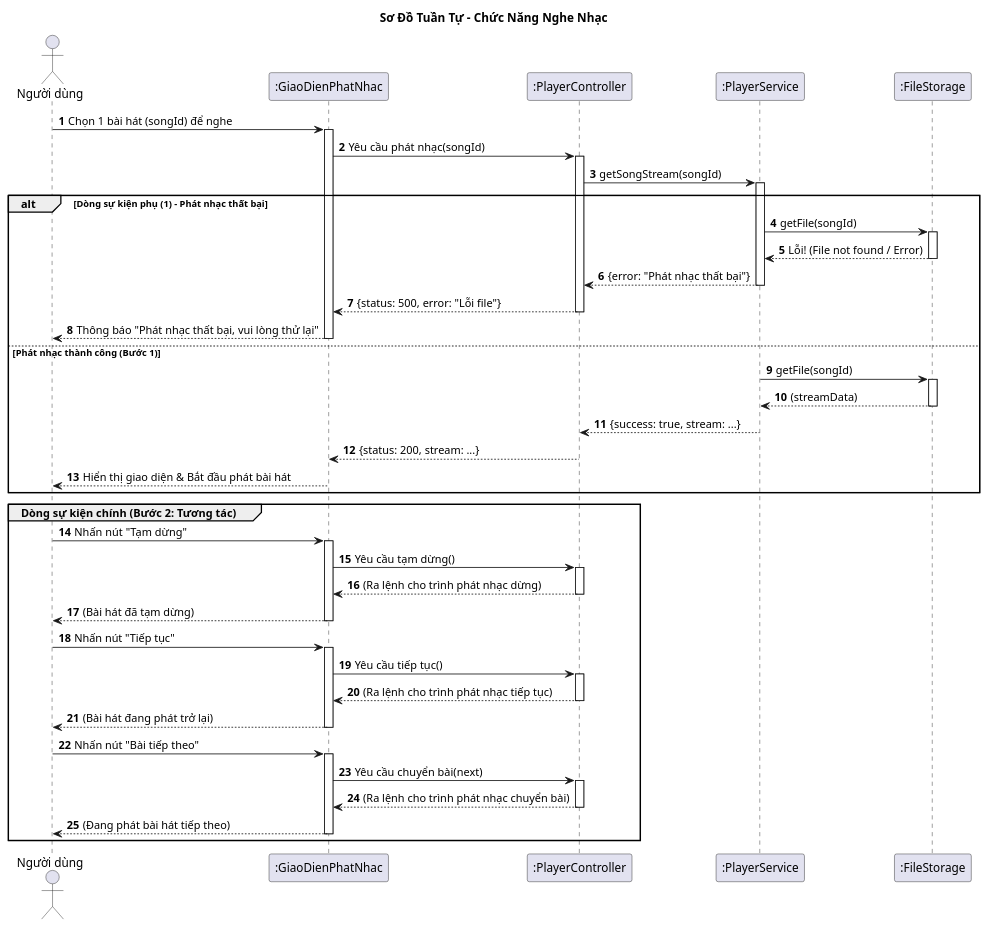
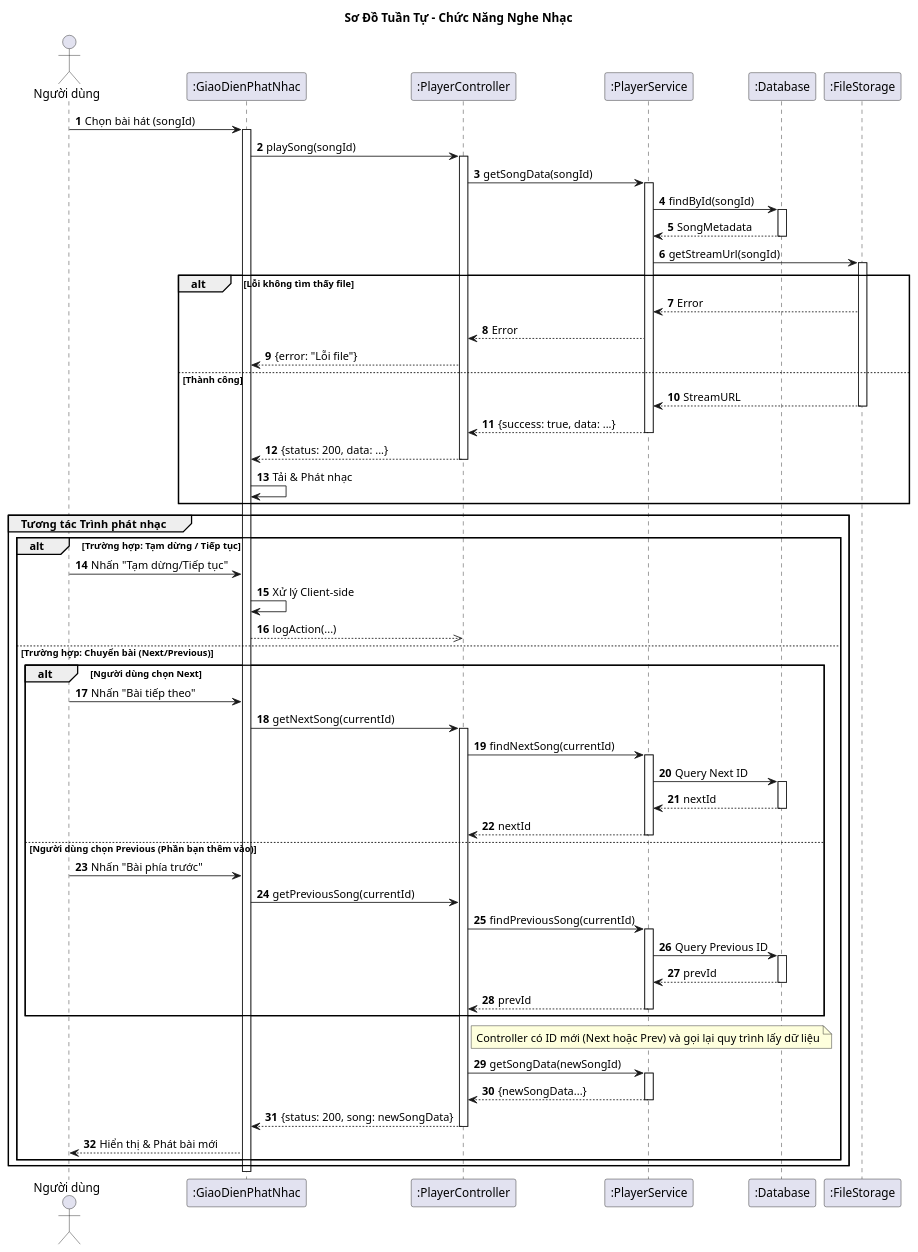
Before and after one commit to vinh047/soundwave: the diagram in Diagrams/SequenceDiagram/ListenMusicSD.plantuml, drawn with PlantUML. The commit also changed 8 other files, not shown here.

Commit message:
Sửa lỗi chính tả trong đặc tả, sửa SD 4 cái tiếp theo, cập nhật CD theo SD

```diff
--- a/Diagrams/SequenceDiagram/ListenMusicSD.plantuml
+++ b/Diagrams/SequenceDiagram/ListenMusicSD.plantuml
@@ -1,86 +1,97 @@
 @startuml Sequence Diagram - Nghe Nhạc
-
 title Sơ Đồ Tuần Tự - Chức Năng Nghe Nhạc
 
 actor "Người dùng" as User
 participant ":GiaoDienPhatNhac" as UI
 participant ":PlayerController" as Controller
 participant ":PlayerService" as Service
+participant ":Database" as DB
 participant ":FileStorage" as Storage
 
 autonumber
 
-' === Dòng sự kiện chính (bắt đầu) ===
-User -> UI: Chọn 1 bài hát (songId) để nghe
+' === BƯỚC 1: BẮT ĐẦU PHÁT NHẠC (Giữ nguyên phần đầu của bạn) ===
+User -> UI: Chọn bài hát (songId)
 activate UI
-UI -> Controller: Yêu cầu phát nhạc(songId)
+UI -> Controller: playSong(songId)
 activate Controller
-Controller -> Service: getSongStream(songId)
+Controller -> Service: getSongData(songId)
 activate Service
+Service -> DB: findById(songId)
+activate DB
+DB --> Service: SongMetadata
+deactivate DB
+Service -> Storage: getStreamUrl(songId)
+activate Storage
 
-' === Dòng sự kiện phụ (1) ===
-alt Dòng sự kiện phụ (1) - Phát nhạc thất bại
-    Service -> Storage: getFile(songId)
-    activate Storage
-    Storage --> Service: Lỗi! (File not found / Error)
+alt Lỗi không tìm thấy file
+    Storage --> Service: Error
+    Service --> Controller: Error
+    Controller --> UI: {error: "Lỗi file"}
+else Thành công
+    Storage --> Service: StreamURL
     deactivate Storage
-    Service --> Controller: {error: "Phát nhạc thất bại"}
+    Service --> Controller: {success: true, data: ...}
     deactivate Service
-    Controller --> UI: {status: 500, error: "Lỗi file"}
+    Controller --> UI: {status: 200, data: ...}
     deactivate Controller
-    
-    UI --> User: Thông báo "Phát nhạc thất bại, vui lòng thử lại"
-    deactivate UI
+    UI -> UI: Tải & Phát nhạc
+end
 
-' === Dòng sự kiện chính (bước 1) ===
-else Phát nhạc thành công (Bước 1)
-    Service -> Storage: getFile(songId)
-    activate Storage
-    Storage --> Service: (streamData)
-    deactivate Storage
-    Service --> Controller: {success: true, stream: ...}
-    deactivate Service
-    Controller --> UI: {status: 200, stream: ...}
-    deactivate Controller
-    
-    UI --> User: Hiển thị giao diện & Bắt đầu phát bài hát
+' === BƯỚC 2: TƯƠNG TÁC (Dùng khối Alt để phân chia các hành động) ===
+group Tương tác Trình phát nhạc
+
+    alt Trường hợp: Tạm dừng / Tiếp tục
+        User -> UI: Nhấn "Tạm dừng/Tiếp tục"
+        UI -> UI: Xử lý Client-side
+        UI -->> Controller: logAction(...)
+
+    else Trường hợp: Chuyển bài (Next/Previous)
+        ' Gom logic Next và Previous vào chung vì cấu trúc giống nhau
+        ' Dùng alt lồng nhau hoặc tách riêng đều được. Ở đây mình tách ra cho dễ nhìn.
+        
+        alt Người dùng chọn Next
+            User -> UI: Nhấn "Bài tiếp theo"
+            UI -> Controller: getNextSong(currentId)
+            activate Controller
+            Controller -> Service: findNextSong(currentId)
+            activate Service
+            Service -> DB: Query Next ID
+            activate DB
+            DB --> Service: nextId
+            deactivate DB
+            Service --> Controller: nextId
+            deactivate Service
+            
+        else Người dùng chọn Previous (Phần bạn thêm vào)
+            User -> UI: Nhấn "Bài phía trước"
+            UI -> Controller: getPreviousSong(currentId)
+            ' Controller đã activate từ lần gọi Next hoặc Previous (chung flow)
+            Controller -> Service: findPreviousSong(currentId)
+            activate Service
+            Service -> DB: Query Previous ID
+            activate DB
+            DB --> Service: prevId
+            deactivate DB
+            Service --> Controller: prevId
+            deactivate Service
+        end
+
+        ' === XỬ LÝ CHUNG SAU KHI CÓ ID MỚI ===
+        note right of Controller: Controller có ID mới (Next hoặc Prev) và gọi lại quy trình lấy dữ liệu
+        
+        Controller -> Service: getSongData(newSongId)
+        activate Service
+        ' (Lược bớt các bước gọi DB/Storage y hệt Bước 1 để sơ đồ đỡ rối)
+        Service --> Controller: {newSongData...}
+        deactivate Service
+        
+        Controller --> UI: {status: 200, song: newSongData}
+        deactivate Controller
+        
+        UI --> User: Hiển thị & Phát bài mới
+    end
 end
+
 deactivate UI
-
-' === Dòng sự kiện chính (bước 2) - Các tương tác ===
-group Dòng sự kiện chính (Bước 2: Tương tác)
-
-    ' === Bước 2.1: Tạm dừng ===
-    User -> UI: Nhấn nút "Tạm dừng"
-    activate UI
-    UI -> Controller: Yêu cầu tạm dừng()
-    activate Controller
-    Controller --> UI: (Ra lệnh cho trình phát nhạc dừng)
-    deactivate Controller
-    UI --> User: (Bài hát đã tạm dừng)
-    deactivate UI
-    
-    ' === Bước 2.2: Tiếp tục ===
-    User -> UI: Nhấn nút "Tiếp tục"
-    activate UI
-    UI -> Controller: Yêu cầu tiếp tục()
-    activate Controller
-    Controller --> UI: (Ra lệnh cho trình phát nhạc tiếp tục)
-    deactivate Controller
-    UI --> User: (Bài hát đang phát trở lại)
-    deactivate UI
-    
-    ' === Bước 2.3: Chuyển bài (Tiến tới) ===
-    User -> UI: Nhấn nút "Bài tiếp theo"
-    activate UI
-    UI -> Controller: Yêu cầu chuyển bài(next)
-    activate Controller
-    ' (Giả định Controller sẽ gọi Service để lấy bài mới,
-    ' ở đây ta đơn giản hóa là ra lệnh cho UI)
-    Controller --> UI: (Ra lệnh cho trình phát nhạc chuyển bài)
-    deactivate Controller
-    UI --> User: (Đang phát bài hát tiếp theo)
-    deactivate UI
-    
-end
 @enduml
```
